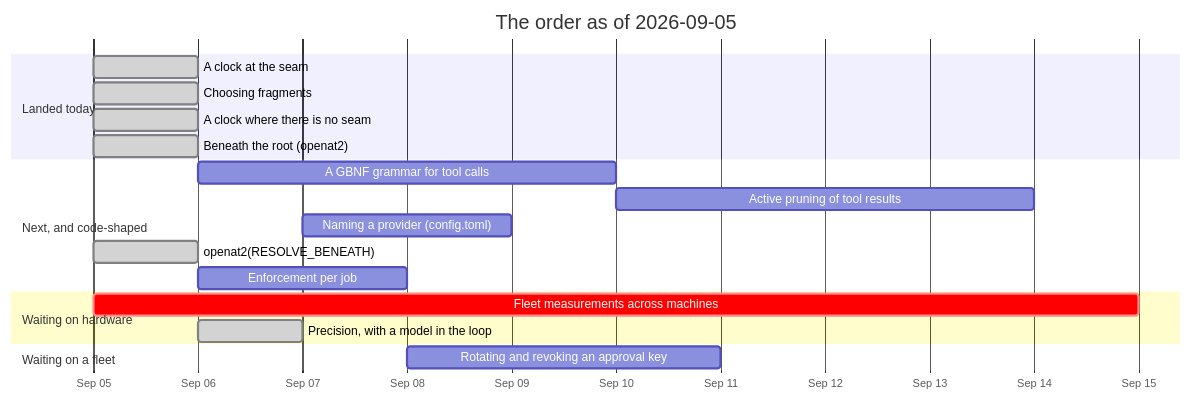
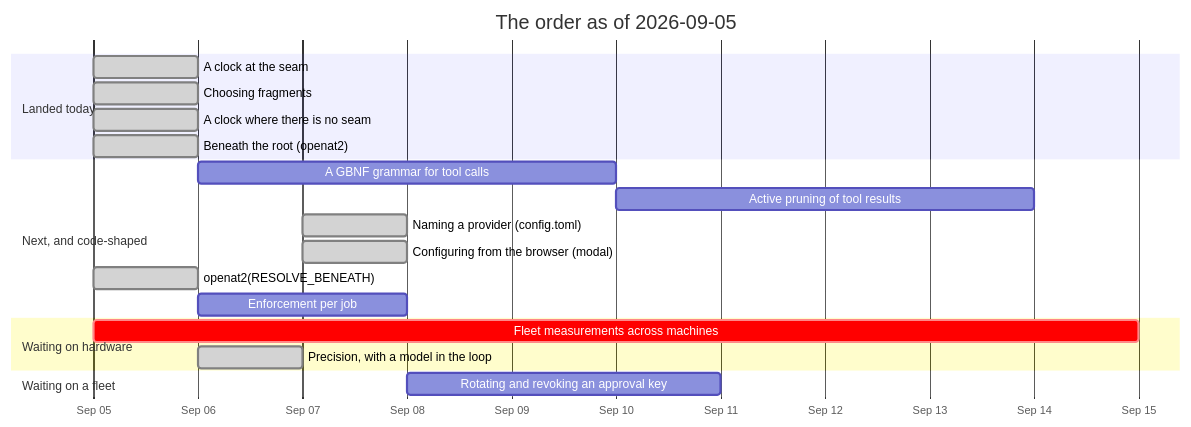
The diagram in ROADMAP/2026-09-05/README.md (jgermade/luu), drawn with Mermaid before and after one commit. The commit also changed other lines of this file and 25 other files, not shown here.

First line of the commit message:
Where a model lives: named in config.toml, edited from the browser

````diff
--- a/ROADMAP/2026-09-05/README.md
+++ b/ROADMAP/2026-09-05/README.md
@@ -42,22 +43,23 @@
 ```mermaid
 gantt
     title The order as of 2026-09-05
     dateFormat YYYY-MM-DD
     axisFormat %b %d
     section Landed today
     A clock at the seam                    :done, clock, 2026-09-05, 1d
     Choosing fragments                     :done, frag, 2026-09-05, 1d
     A clock where there is no seam         :done, hostclock, 2026-09-05, 1d
     Beneath the root (openat2)             :done, toctou2, 2026-09-05, 1d
     section Next, and code-shaped
     A GBNF grammar for tool calls          :gbnf, 2026-09-06, 4d
     Active pruning of tool results         :prune, after gbnf, 4d
-    Naming a provider (config.toml)        :prov, 2026-09-07, 2d
+    Naming a provider (config.toml)        :done, prov, 2026-09-07, 1d
+    Configuring from the browser (modal)   :done, modal, 2026-09-07, 1d
     openat2(RESOLVE_BENEATH)               :done, toctou, 2026-09-05, 1d
     Enforcement per job                    :enf, 2026-09-06, 2d
     section Waiting on hardware
     Fleet measurements across machines     :crit, bench, 2026-09-05, 10d
     Precision, with a model in the loop    :done, prec, 2026-09-06, 1d
     section Waiting on a fleet
     Rotating and revoking an approval key  :keys, after enf, 3d
 ```
````
